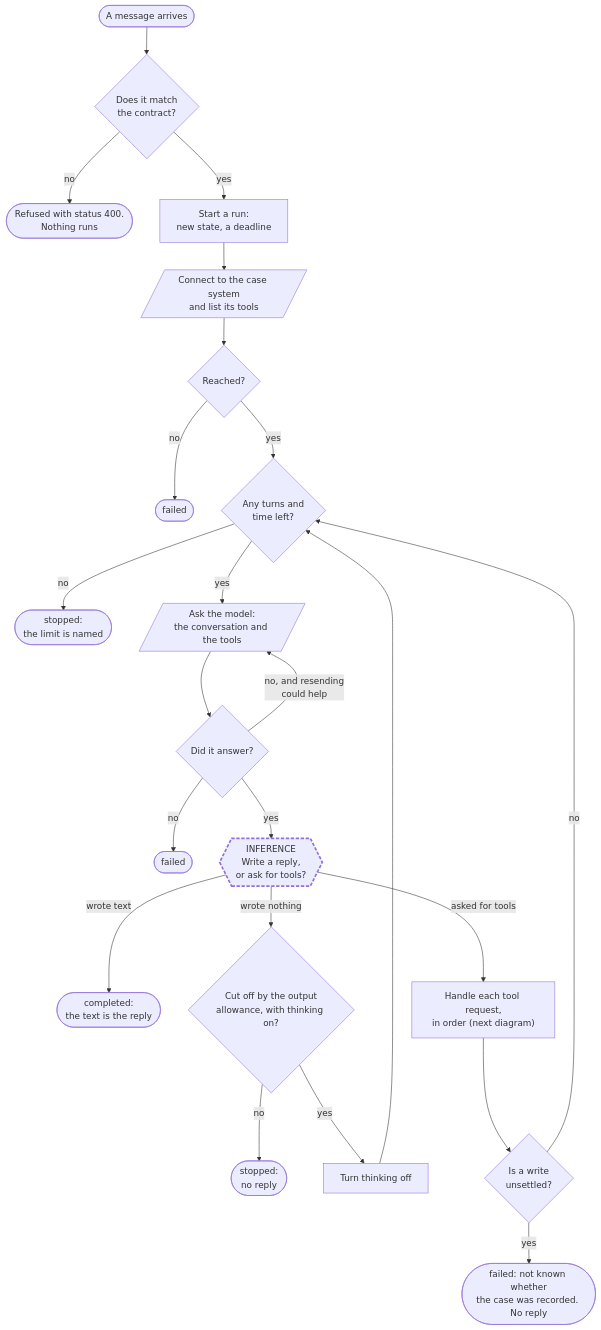
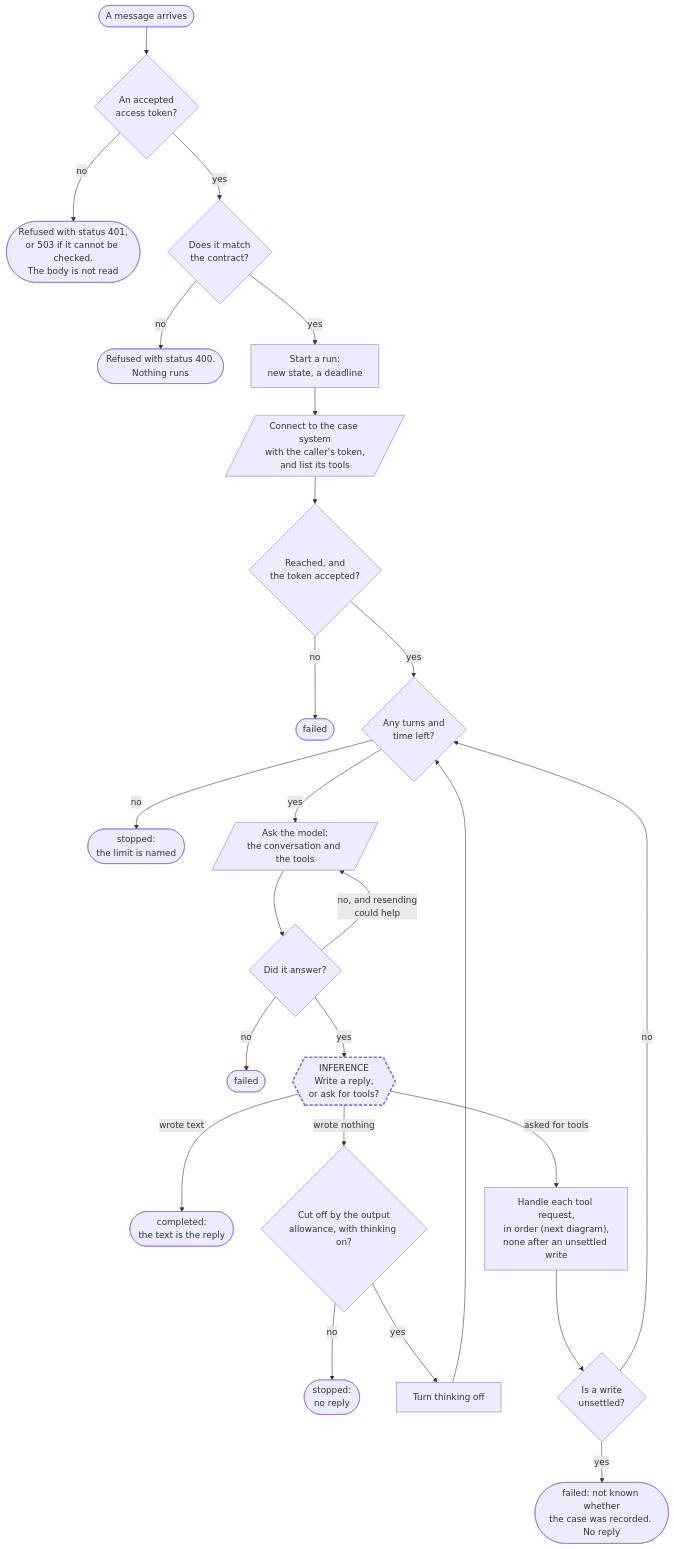
Before and after one commit to AndrewPHunter/ai-on-aws: the second of 3 diagrams in docs/architecture/intake-agent-as-actor.md, drawn with Mermaid. The commit also changed other lines of this file and 17 other files, not shown here.

````diff
--- a/docs/architecture/intake-agent-as-actor.md
+++ b/docs/architecture/intake-agent-as-actor.md
@@ -50,31 +54,33 @@
 ```mermaid
 flowchart TD
-    Arrive(["A message arrives"]) --> Valid{"Does it match<br/>the contract?"}
+    Arrive(["A message arrives"]) --> Token{"An accepted<br/>access token?"}
+    Token -- no --> RefusedToken(["Refused with status 401,<br/>or 503 if it cannot be checked.<br/>The body is not read"])
+    Token -- yes --> Valid{"Does it match<br/>the contract?"}
     Valid -- no --> Refused(["Refused with status 400.<br/>Nothing runs"])
     Valid -- yes --> Start["Start a run:<br/>new state, a deadline"]
-    Start --> Connect[/"Connect to the case system<br/>and list its tools"/]
-    Connect --> Reached{"Reached?"}
+    Start --> Connect[/"Connect to the case system<br/>with the caller's token,<br/>and list its tools"/]
+    Connect --> Reached{"Reached, and<br/>the token accepted?"}
     Reached -- no --> FailedStart(["failed"])
     Reached -- yes --> Limits{"Any turns and<br/>time left?"}
 
     Limits -- no --> StoppedLimit(["stopped:<br/>the limit is named"])
     Limits -- yes --> Ask[/"Ask the model:<br/>the conversation and the tools"/]
     Ask --> Answered{"Did it answer?"}
     Answered -- "no, and resending<br/>could help" --> Ask
     Answered -- no --> FailedModel(["failed"])
     Answered -- yes --> Infer{{"INFERENCE<br/>Write a reply,<br/>or ask for tools?"}}
 
     Infer -- "wrote text" --> Completed(["completed:<br/>the text is the reply"])
     Infer -- "wrote nothing" --> Lost{"Cut off by the output<br/>allowance, with thinking on?"}
     Lost -- no --> StoppedEmpty(["stopped:<br/>no reply"])
     Lost -- yes --> ThinkingOff["Turn thinking off"]
     ThinkingOff --> Limits
 
-    Infer -- "asked for tools" --> Tools["Handle each tool request,<br/>in order (next diagram)"]
+    Infer -- "asked for tools" --> Tools["Handle each tool request,<br/>in order (next diagram),<br/>none after an unsettled write"]
     Tools --> Settled{"Is a write<br/>unsettled?"}
     Settled -- yes --> Unsettled(["failed: not known whether<br/>the case was recorded. No reply"])
     Settled -- no --> Limits
 
     classDef inference stroke-width:3px,stroke-dasharray:6 3
     class Infer inference
 ```
````
